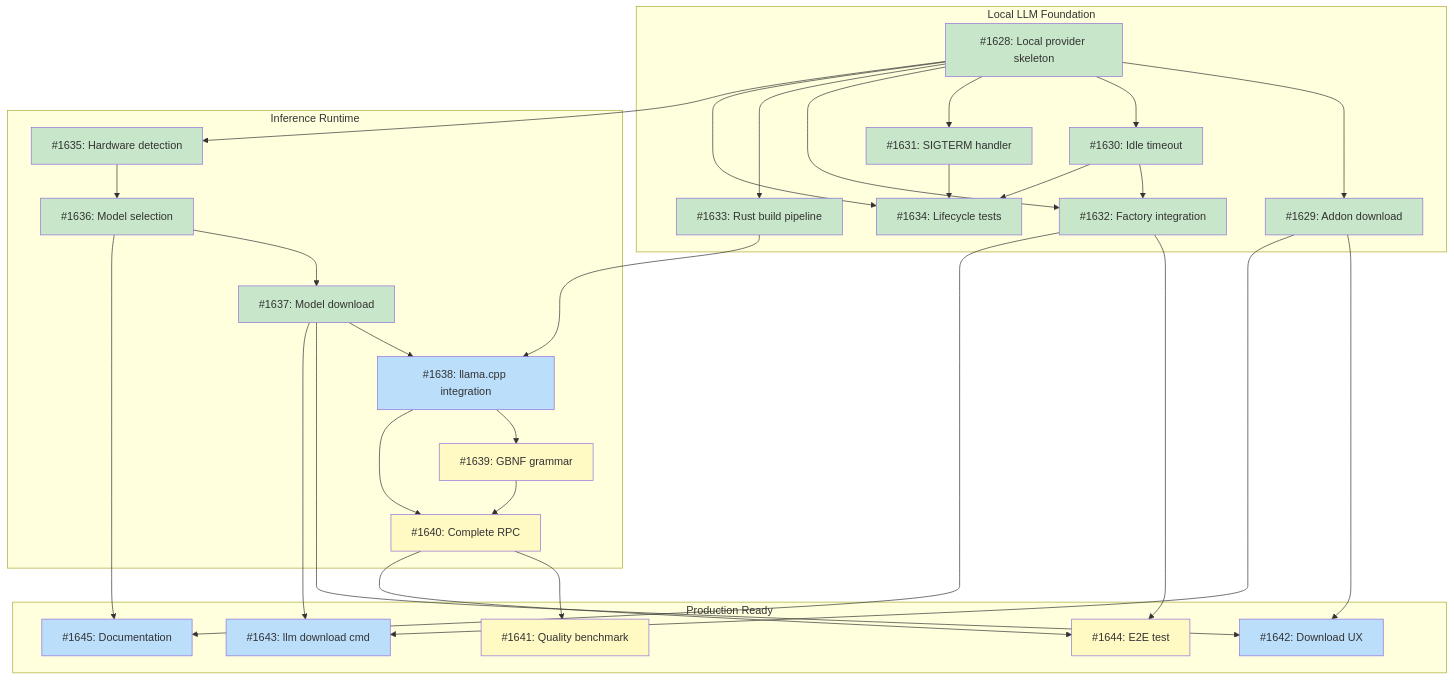
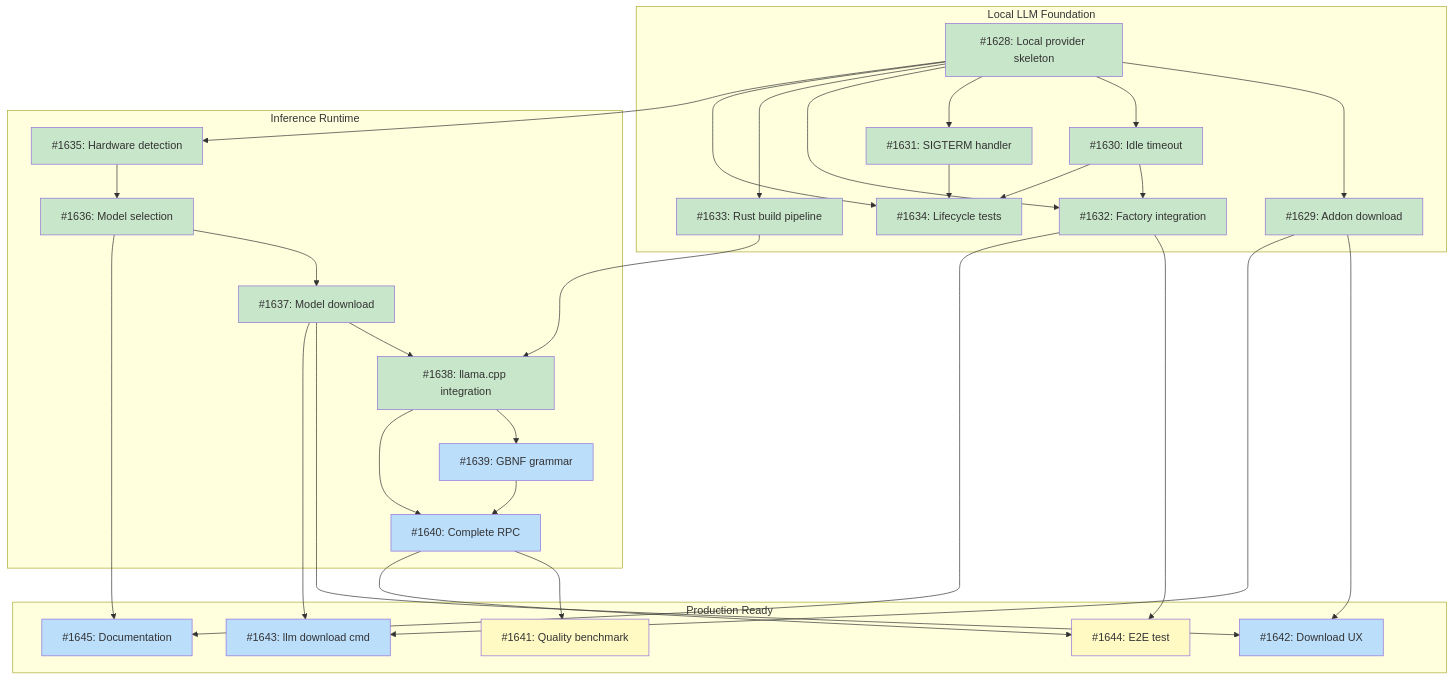
The diagram in docs/designs/DESIGN-local-llm-runtime.md (tsukumogami/tsuku), drawn with Mermaid before and after one commit. The commit also changed other lines of this file, not shown here.

Commit message:
docs: mark #1638 as done in design doc

````diff
--- a/docs/designs/DESIGN-local-llm-runtime.md
+++ b/docs/designs/DESIGN-local-llm-runtime.md
@@ -74,65 +74,65 @@
 ```mermaid
 graph TD
     subgraph M1["Local LLM Foundation"]
         I1628["#1628: Local provider skeleton"]
         I1629["#1629: Addon download"]
         I1630["#1630: Idle timeout"]
         I1631["#1631: SIGTERM handler"]
         I1632["#1632: Factory integration"]
         I1633["#1633: Rust build pipeline"]
         I1634["#1634: Lifecycle tests"]
     end
 
     subgraph M2["Inference Runtime"]
         I1635["#1635: Hardware detection"]
         I1636["#1636: Model selection"]
         I1637["#1637: Model download"]
         I1638["#1638: llama.cpp integration"]
         I1639["#1639: GBNF grammar"]
         I1640["#1640: Complete RPC"]
     end
 
     subgraph M3["Production Ready"]
         I1641["#1641: Quality benchmark"]
         I1642["#1642: Download UX"]
         I1643["#1643: llm download cmd"]
         I1644["#1644: E2E test"]
         I1645["#1645: Documentation"]
     end
 
     I1628 --> I1629
     I1628 --> I1630
     I1628 --> I1631
     I1628 --> I1632
     I1630 --> I1632
     I1628 --> I1633
     I1628 --> I1634
     I1630 --> I1634
     I1631 --> I1634
     I1628 --> I1635
     I1635 --> I1636
     I1636 --> I1637
     I1633 --> I1638
     I1637 --> I1638
     I1638 --> I1639
     I1638 --> I1640
     I1639 --> I1640
     I1640 --> I1641
     I1629 --> I1642
     I1637 --> I1642
     I1629 --> I1643
     I1637 --> I1643
     I1640 --> I1644
     I1632 --> I1644
     I1632 --> I1645
     I1636 --> I1645
 
     classDef done fill:#c8e6c9
     classDef ready fill:#bbdefb
     classDef blocked fill:#fff9c4
     classDef needsDesign fill:#e1bee7
 
-    class I1628,I1629,I1630,I1631,I1632,I1633,I1634,I1635,I1636,I1637 done
-    class I1638,I1642,I1643,I1645 ready
-    class I1639,I1640,I1641,I1644 blocked
+    class I1628,I1629,I1630,I1631,I1632,I1633,I1634,I1635,I1636,I1637,I1638 done
+    class I1639,I1640,I1642,I1643,I1645 ready
+    class I1641,I1644 blocked
 ```
````
